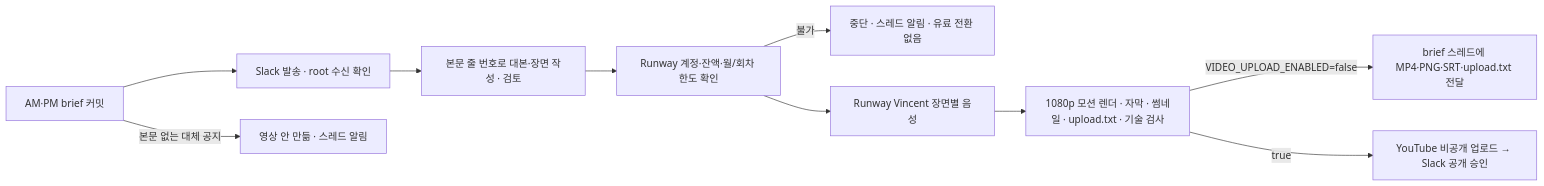
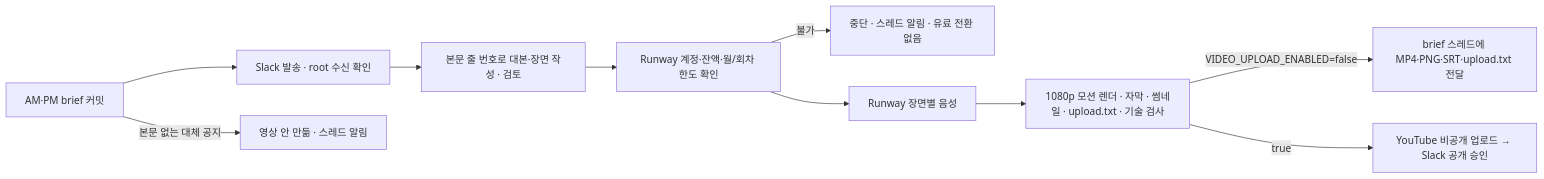
Before and after one commit to JJongAchii/quant-ai-company: the first of 2 diagrams in docs/daily-video.md, drawn with Mermaid. The commit also changed other lines of this file and 19 other files, not shown here.

````diff
--- a/docs/daily-video.md
+++ b/docs/daily-video.md
@@ -10,12 +10,12 @@
 ```mermaid
 flowchart LR
     B[AM·PM brief 커밋] --> S[Slack 발송 · root 수신 확인]
     B -->|본문 없는 대체 공지| K[영상 안 만듦 · 스레드 알림]
     S --> P[본문 줄 번호로 대본·장면 작성 · 검토]
     P --> C[Runway 계정·잔액·월/회차 한도 확인]
     C -->|불가| X[중단 · 스레드 알림 · 유료 전환 없음]
-    C --> V[Runway Vincent 장면별 음성]
+    C --> V[Runway 장면별 음성]
     V --> R[1080p 모션 렌더 · 자막 · 썸네일 · upload.txt · 기술 검사]
     R -->|VIDEO_UPLOAD_ENABLED=false| F[brief 스레드에 MP4·PNG·SRT·upload.txt 전달]
     R -->|true| Y[YouTube 비공개 업로드 → Slack 공개 승인]
 ```
````
